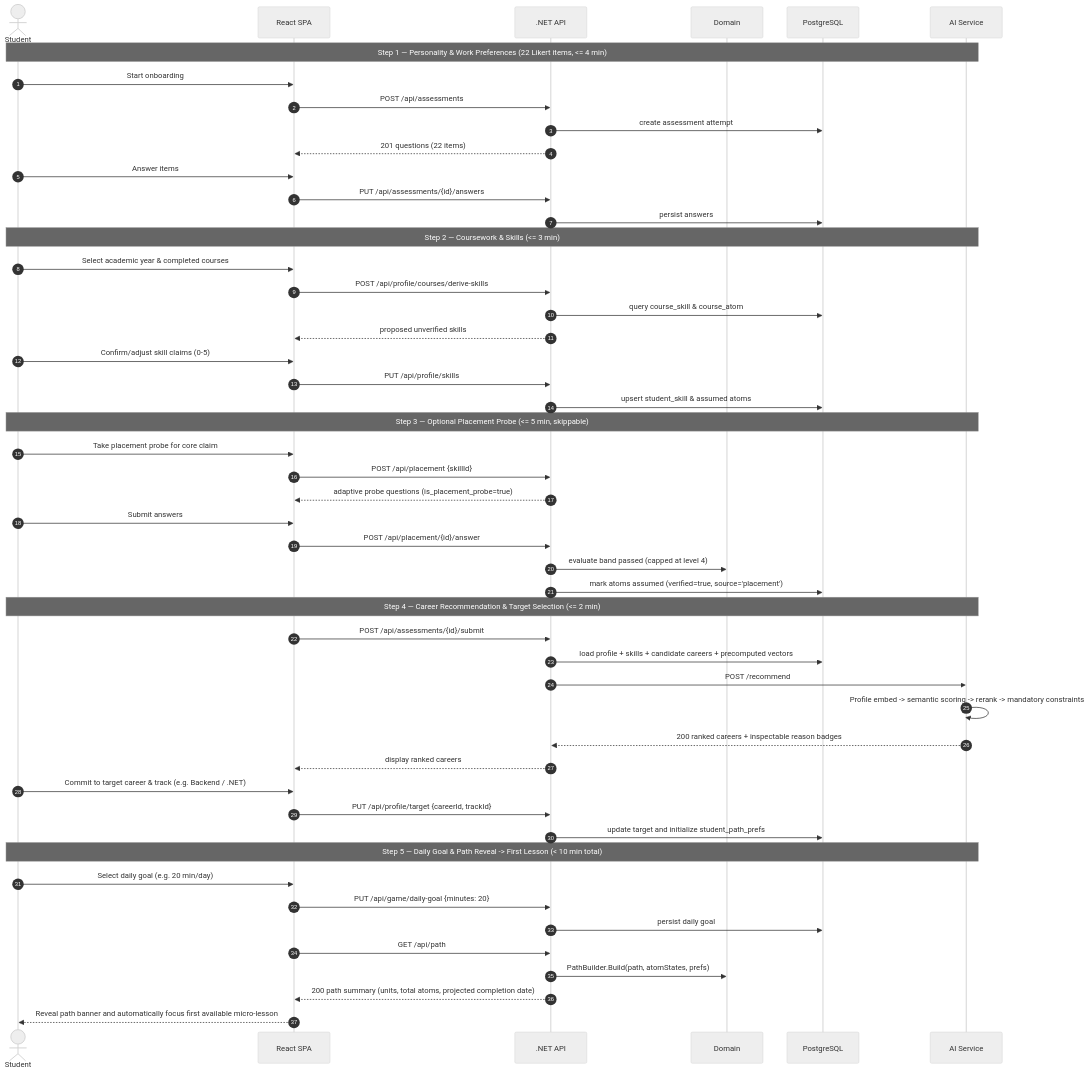
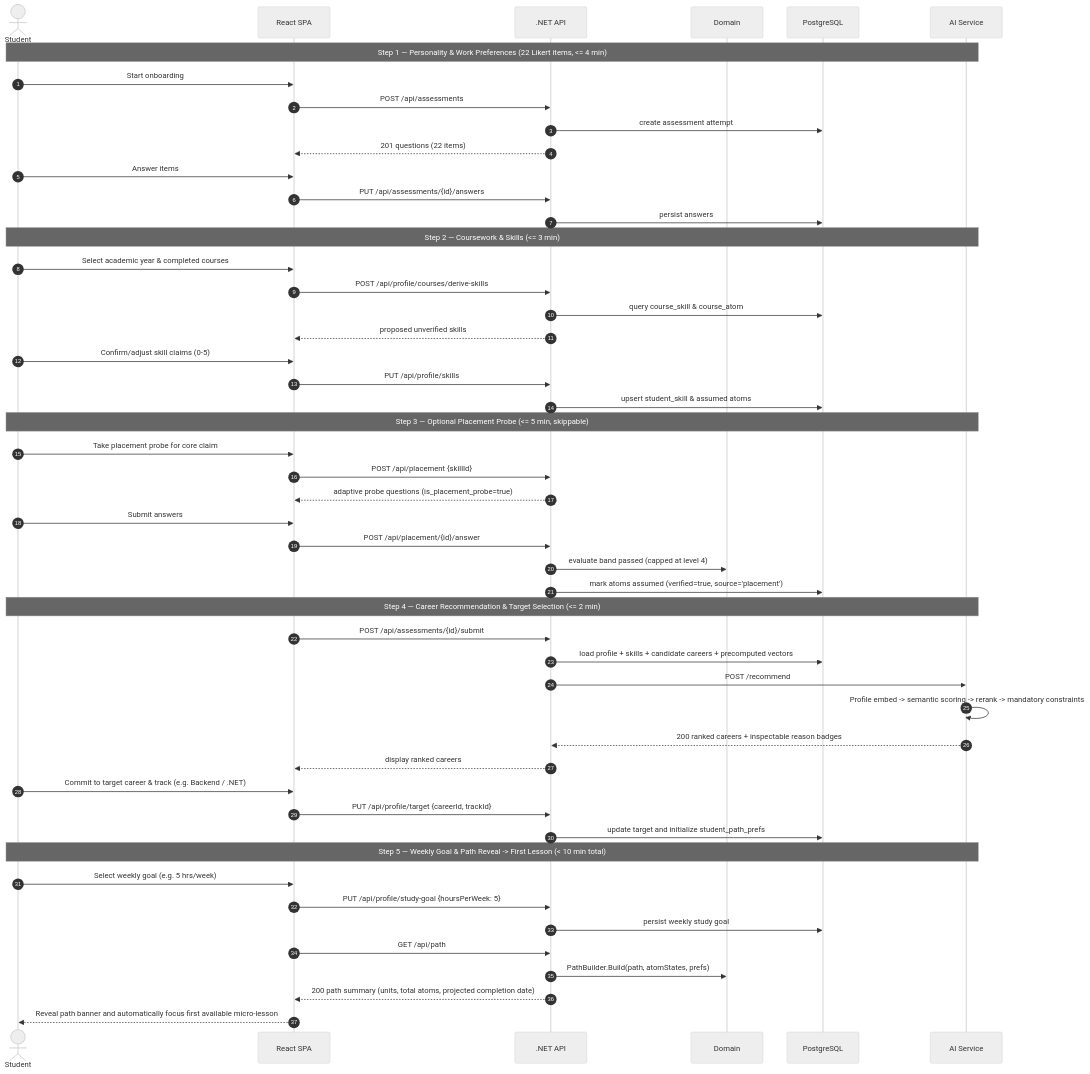
Before and after one commit to Masar-SCU/Masar: the fourth of 8 diagrams in docs/03-architecture.md, drawn with Mermaid (neutral theme). The commit also changed 11 other files, not shown here.

````diff
--- a/docs/03-architecture.md
+++ b/docs/03-architecture.md
@@ -193,57 +193,57 @@
 ```mermaid
 sequenceDiagram
     autonumber
     actor S as Student
     participant W as React SPA
     participant A as .NET API
     participant D as Domain
     participant DB as PostgreSQL
     participant AI as AI Service
 
     Note over S,AI: Step 1 — Personality & Work Preferences (22 Likert items, <= 4 min)
     S->>W: Start onboarding
     W->>A: POST /api/assessments
     A->>DB: create assessment attempt
     A-->>W: 201 questions (22 items)
     S->>W: Answer items
     W->>A: PUT /api/assessments/{id}/answers
     A->>DB: persist answers
 
     Note over S,AI: Step 2 — Coursework & Skills (<= 3 min)
     S->>W: Select academic year & completed courses
     W->>A: POST /api/profile/courses/derive-skills
     A->>DB: query course_skill & course_atom
     A-->>W: proposed unverified skills
     S->>W: Confirm/adjust skill claims (0-5)
     W->>A: PUT /api/profile/skills
     A->>DB: upsert student_skill & assumed atoms
 
     Note over S,AI: Step 3 — Optional Placement Probe (<= 5 min, skippable)
     S->>W: Take placement probe for core claim
     W->>A: POST /api/placement {skillId}
     A-->>W: adaptive probe questions (is_placement_probe=true)
     S->>W: Submit answers
     W->>A: POST /api/placement/{id}/answer
     A->>D: evaluate band passed (capped at level 4)
     A->>DB: mark atoms assumed (verified=true, source='placement')
 
     Note over S,AI: Step 4 — Career Recommendation & Target Selection (<= 2 min)
     W->>A: POST /api/assessments/{id}/submit
     A->>DB: load profile + skills + candidate careers + precomputed vectors
     A->>AI: POST /recommend
     AI->>AI: Profile embed -> semantic scoring -> rerank -> mandatory constraints
     AI-->>A: 200 ranked careers + inspectable reason badges
     A-->>W: display ranked careers
     S->>W: Commit to target career & track (e.g. Backend / .NET)
     W->>A: PUT /api/profile/target {careerId, trackId}
     A->>DB: update target and initialize student_path_prefs
 
-    Note over S,AI: Step 5 — Daily Goal & Path Reveal -> First Lesson (< 10 min total)
-    S->>W: Select daily goal (e.g. 20 min/day)
-    W->>A: PUT /api/game/daily-goal {minutes: 20}
-    A->>DB: persist daily goal
+    Note over S,AI: Step 5 — Weekly Goal & Path Reveal -> First Lesson (< 10 min total)
+    S->>W: Select weekly goal (e.g. 5 hrs/week)
+    W->>A: PUT /api/profile/study-goal {hoursPerWeek: 5}
+    A->>DB: persist weekly study goal
     W->>A: GET /api/path
     A->>D: PathBuilder.Build(path, atomStates, prefs)
     A-->>W: 200 path summary (units, total atoms, projected completion date)
     W-->>S: Reveal path banner and automatically focus first available micro-lesson
 ```
````
